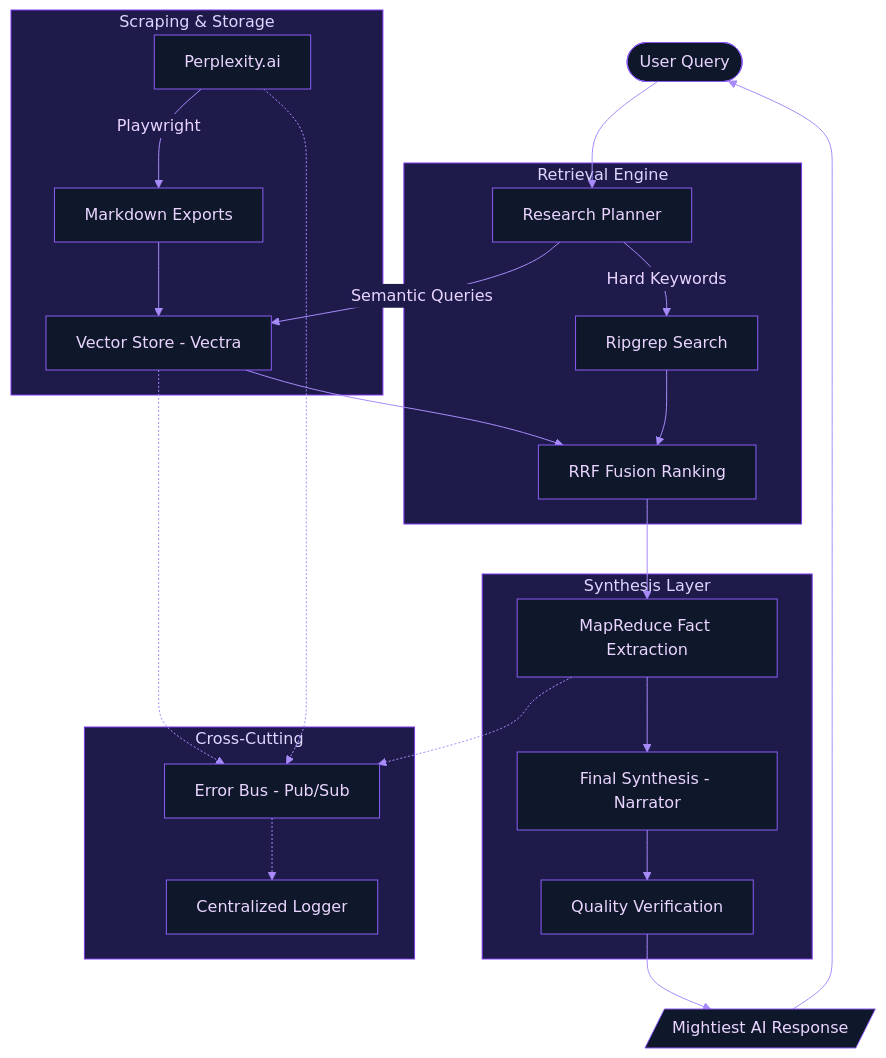
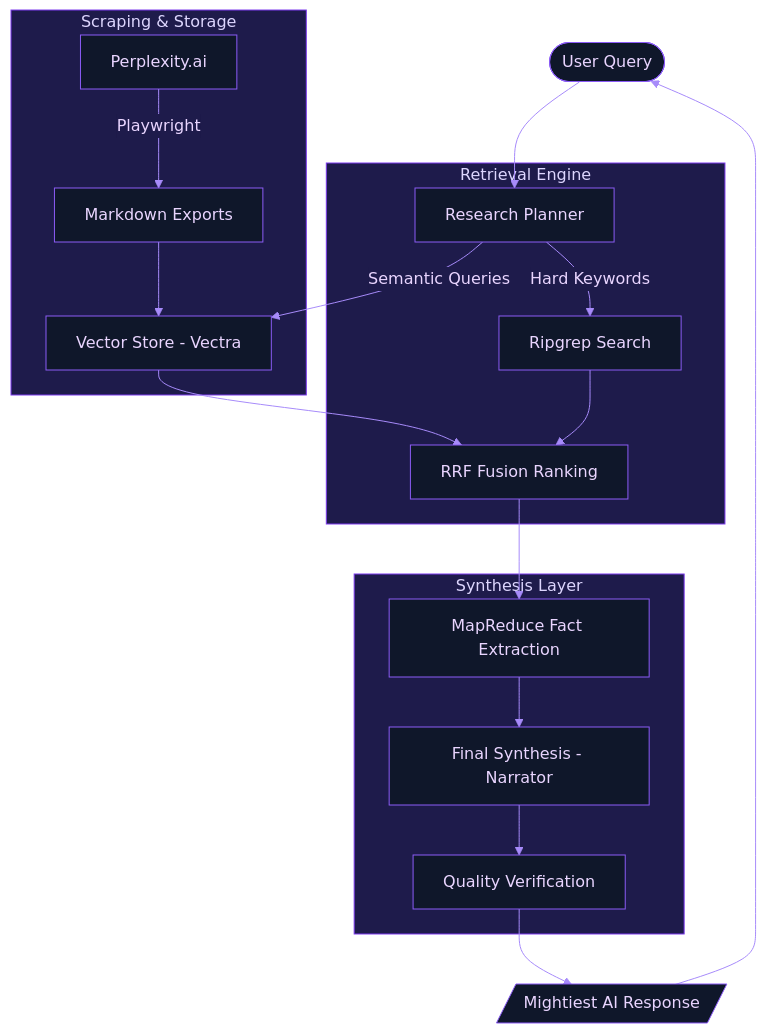
One commit to simwai/perplexity-ai-export changed the first of 2 diagrams in ARCH.md. Above: the diagram before and after it, drawn with Mermaid. The commit also changed other lines of this file and 16 other files, not shown here.

First line of the commit message:
feat: implement Error Bus infrastructure and Refactor Batch 1

````diff
--- a/ARCH.md
+++ b/ARCH.md
@@ -29,51 +28,42 @@
 ```mermaid
 %%{init: {
   'theme': 'base',
   'themeVariables': {
     'primaryColor': '#2d1b4d',
     'primaryTextColor': '#e9d5ff',
     'primaryBorderColor': '#7c3aed',
     'lineColor': '#a78bfa',
     'secondaryColor': '#1e1b4b',
     'tertiaryColor': '#4c1d95',
     'mainBkg': '#0f172a',
     'nodeBorder': '#8b5cf6',
     'clusterBkg': '#1e1b4b',
     'clusterBorder': '#7c3aed',
     'titleColor': '#ddd6fe',
     'edgeLabelBackground':'#1e1b4b'
   }
 }}%%
 graph TD
     User([User Query]) --> Planner[Research Planner]
 
     subgraph "Scraping & Storage"
         P[Perplexity.ai] -- Playwright --> MD[Markdown Exports]
         MD --> VS[Vector Store - Vectra]
     end
 
     subgraph "Retrieval Engine"
         Planner -- Semantic Queries --> VS
         Planner -- Hard Keywords --> RG[Ripgrep Search]
         VS --> Fusion[RRF Fusion Ranking]
         RG --> Fusion
     end
 
     subgraph "Synthesis Layer"
         Fusion --> MR[MapReduce Fact Extraction]
         MR --> Narrator[Final Synthesis - Narrator]
         Narrator --> Verify[Quality Verification]
     end
 
-    subgraph "Cross-Cutting"
-        EB[Error Bus - Pub/Sub] -.-> Logger[Centralized Logger]
-    end
-
     Verify --> Final[/Mightiest AI Response/]
     Final --> User
-
-    %% Error Reporting
-    VS -.-> EB
-    P -.-> EB
-    MR -.-> EB
 ```
````
